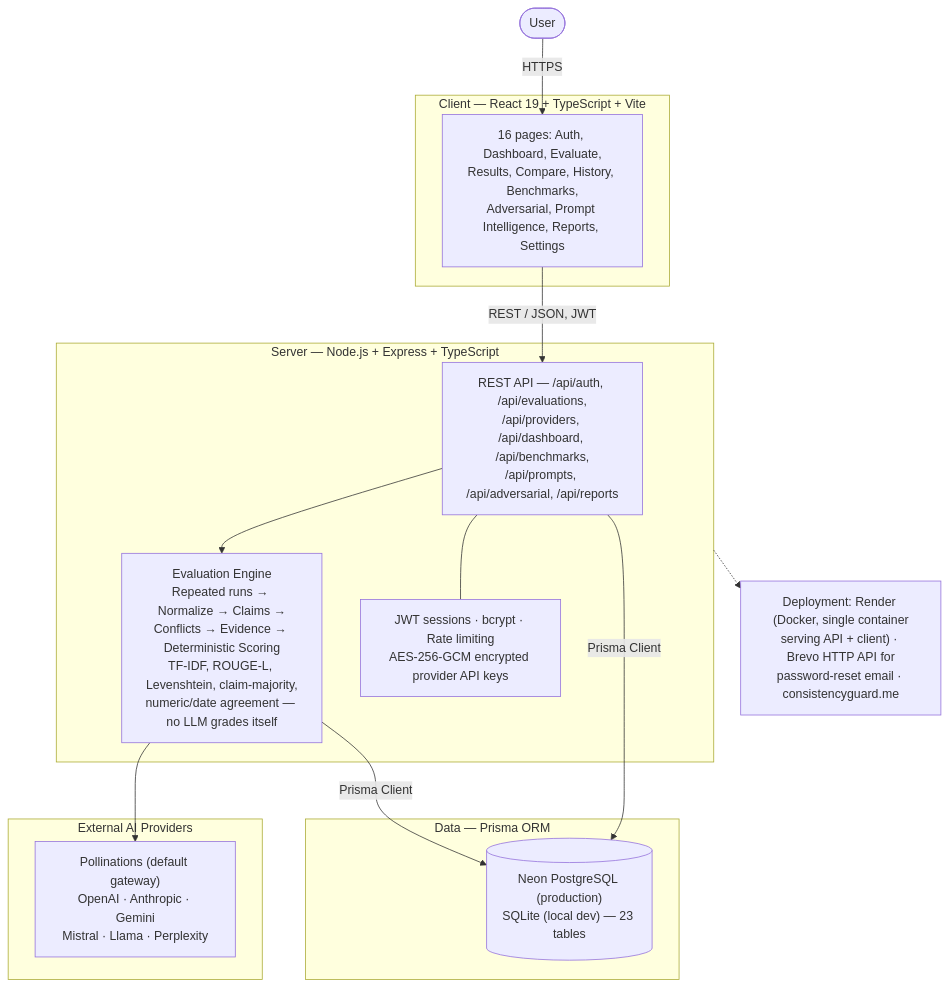
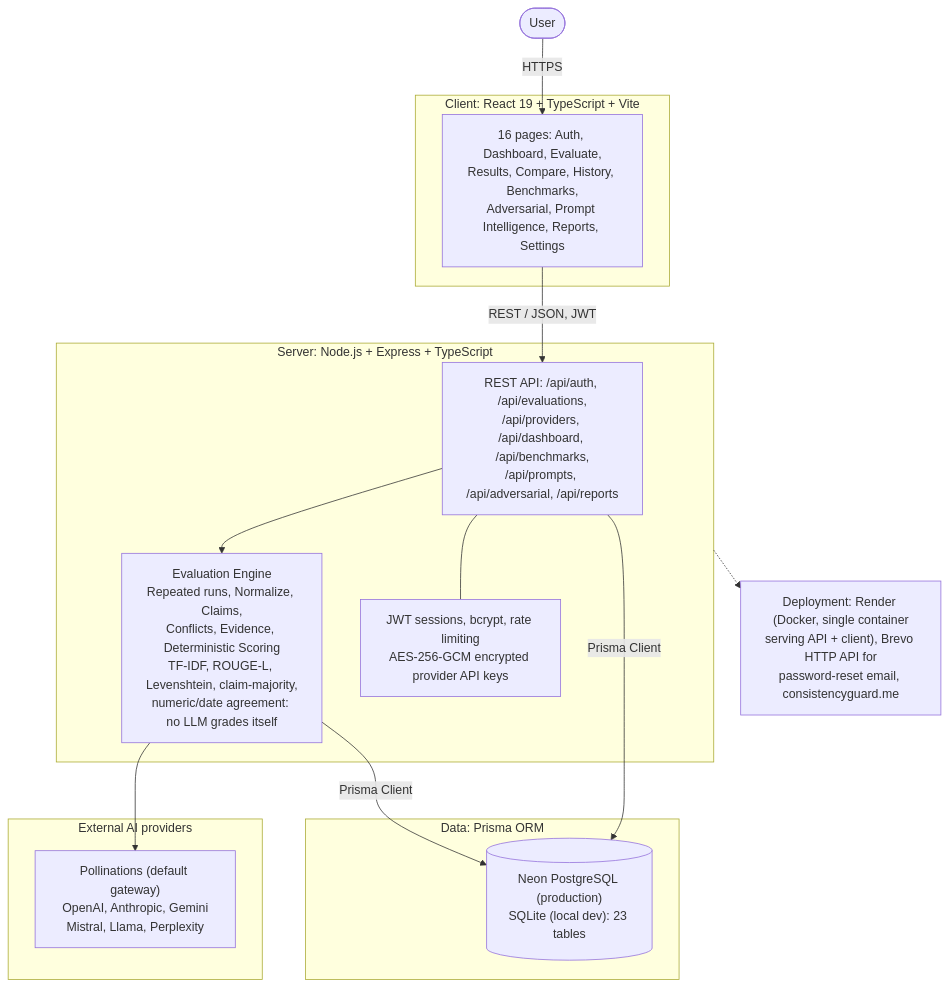
One commit to Ireneusrdx/consistency-guard-fix changed the first of 2 diagrams in README.md. Above: the diagram before and after it, drawn with Mermaid. The commit also changed other lines of this file and 6 other files, not shown here.

````diff
--- a/README.md
+++ b/README.md
@@ -40,33 +107,33 @@
 ```mermaid
 flowchart TB
     User([User])
 
-    subgraph Client["Client — React 19 + TypeScript + Vite"]
+    subgraph Client["Client: React 19 + TypeScript + Vite"]
         Pages["16 pages: Auth, Dashboard, Evaluate,<br/>Results, Compare, History, Benchmarks,<br/>Adversarial, Prompt Intelligence, Reports, Settings"]
     end
 
-    subgraph Server["Server — Node.js + Express + TypeScript"]
-        Routes["REST API — /api/auth, /api/evaluations,<br/>/api/providers, /api/dashboard, /api/benchmarks,<br/>/api/prompts, /api/adversarial, /api/reports"]
-        Engine["Evaluation Engine<br/>Repeated runs → Normalize → Claims →<br/>Conflicts → Evidence → Deterministic Scoring<br/>TF-IDF, ROUGE-L, Levenshtein, claim-majority,<br/>numeric/date agreement — no LLM grades itself"]
-        Security["JWT sessions · bcrypt · Rate limiting<br/>AES-256-GCM encrypted provider API keys"]
+    subgraph Server["Server: Node.js + Express + TypeScript"]
+        Routes["REST API: /api/auth, /api/evaluations,<br/>/api/providers, /api/dashboard, /api/benchmarks,<br/>/api/prompts, /api/adversarial, /api/reports"]
+        Engine["Evaluation Engine<br/>Repeated runs, Normalize, Claims,<br/>Conflicts, Evidence, Deterministic Scoring<br/>TF-IDF, ROUGE-L, Levenshtein, claim-majority,<br/>numeric/date agreement: no LLM grades itself"]
+        Security["JWT sessions, bcrypt, rate limiting<br/>AES-256-GCM encrypted provider API keys"]
         Routes --> Engine
         Routes --- Security
     end
 
-    subgraph Data["Data — Prisma ORM"]
-        DB[("Neon PostgreSQL (production)<br/>SQLite (local dev) — 23 tables")]
+    subgraph Data["Data: Prisma ORM"]
+        DB[("Neon PostgreSQL (production)<br/>SQLite (local dev): 23 tables")]
     end
 
-    subgraph External["External AI Providers"]
-        Providers["Pollinations (default gateway)<br/>OpenAI · Anthropic · Gemini<br/>Mistral · Llama · Perplexity"]
+    subgraph External["External AI providers"]
+        Providers["Pollinations (default gateway)<br/>OpenAI, Anthropic, Gemini<br/>Mistral, Llama, Perplexity"]
     end
 
-    Deploy["Deployment: Render (Docker, single container<br/>serving API + client) · Brevo HTTP API for<br/>password-reset email · consistencyguard.me"]
+    Deploy["Deployment: Render (Docker, single container<br/>serving API + client), Brevo HTTP API for<br/>password-reset email, consistencyguard.me"]
 
     User -->|HTTPS| Pages
-    Pages -->|REST / JSON, JWT| Routes
+    Pages -->|"REST / JSON, JWT"| Routes
     Engine --> Providers
     Routes -->|Prisma Client| DB
     Engine -->|Prisma Client| DB
     Server -.-> Deploy
 ```
````
